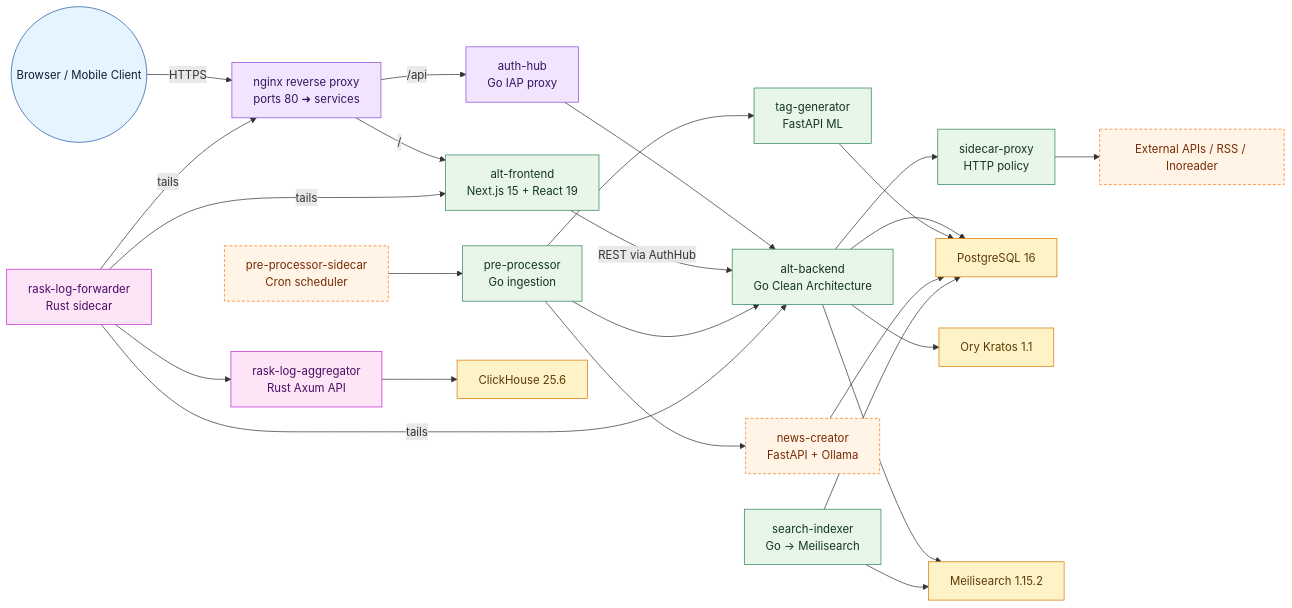
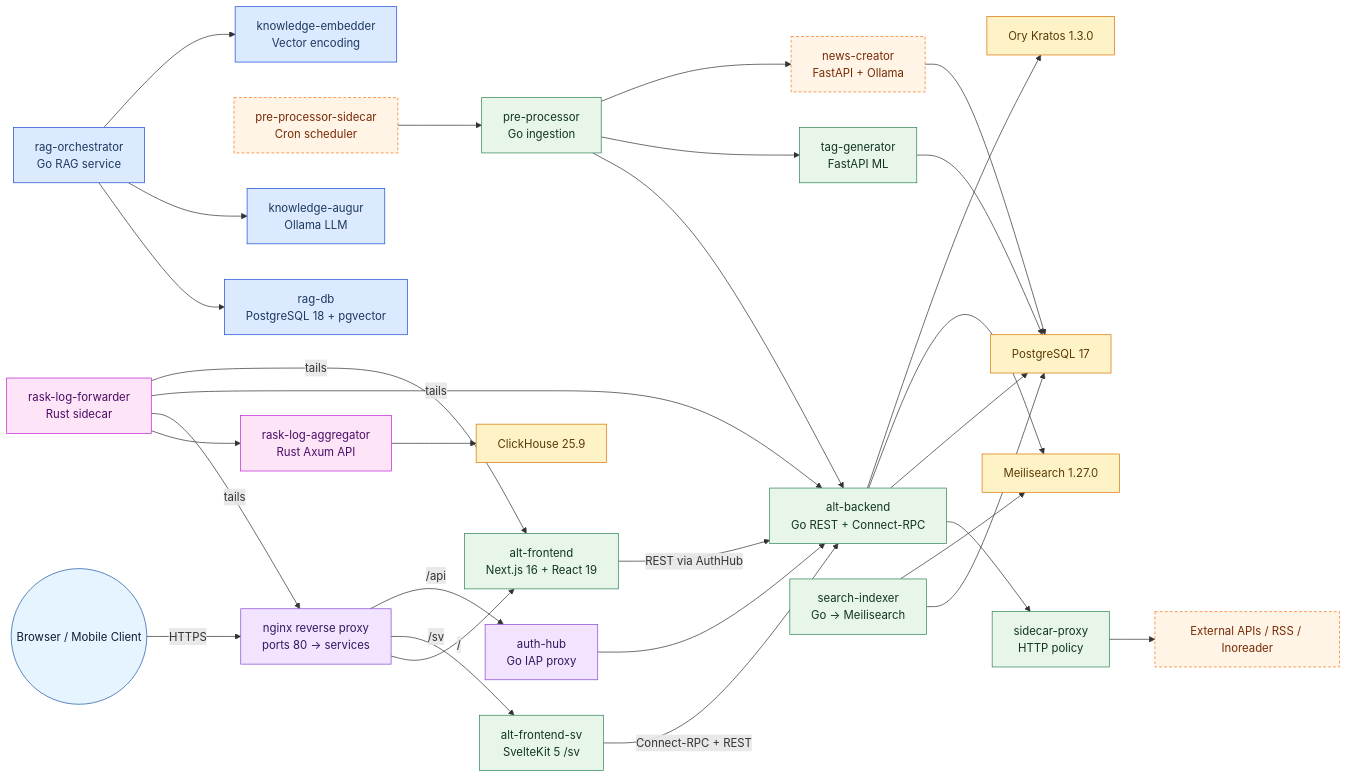
Before and after one commit to Kaikei-e/Alt: the second of 9 diagrams in README.md, drawn with Mermaid. The commit also changed other lines of this file, not shown here.

First line of the commit message:
docs: Update README for December 2025 review and architecture enhancements

````diff
--- a/README.md
+++ b/README.md
@@ -114,51 +117,62 @@
 ```mermaid
 flowchart LR
     classDef client fill:#e6f4ff,stroke:#1f5aa5,color:#0d1f33
     classDef edge fill:#f2e4ff,stroke:#8a4bd7,color:#34175f
     classDef core fill:#e8f5e9,stroke:#2f855a,color:#123524
     classDef optional fill:#fff4e5,stroke:#f97316,color:#772b07,stroke-dasharray:4 3
     classDef data fill:#fef3c7,stroke:#d97706,color:#5b3a06
     classDef observability fill:#fde4f7,stroke:#c026d3,color:#4a0d68
+    classDef rag fill:#dbeafe,stroke:#1d4ed8,color:#1e3a5f
 
     Browser((Browser / Mobile Client)):::client
-    Nginx["nginx reverse proxy<br/>ports 80 ➜ services"]:::edge
-    UI["alt-frontend<br/>Next.js 15 + React 19"]:::core
+    Nginx["nginx reverse proxy<br/>ports 80 → services"]:::edge
+    UI["alt-frontend<br/>Next.js 16 + React 19"]:::core
+    UISv["alt-frontend-sv<br/>SvelteKit 5 /sv"]:::core
     AuthHub["auth-hub<br/>Go IAP proxy"]:::edge
-    Backend["alt-backend<br/>Go Clean Architecture"]:::core
+    Backend["alt-backend<br/>Go REST + Connect-RPC"]:::core
     Sidecar["sidecar-proxy<br/>HTTP policy"]:::core
     PreProc["pre-processor<br/>Go ingestion"]:::core
     Scheduler["pre-processor-sidecar<br/>Cron scheduler"]:::optional
     News["news-creator<br/>FastAPI + Ollama"]:::optional
     Tags["tag-generator<br/>FastAPI ML"]:::core
     Indexer["search-indexer<br/>Go → Meilisearch"]:::core
-    Postgres["PostgreSQL 16"]:::data
-    Kratos["Ory Kratos 1.1"]:::data
-    Meili["Meilisearch 1.15.2"]:::data
-    ClickHouse["ClickHouse 25.6"]:::data
+    RagOrch["rag-orchestrator<br/>Go RAG service"]:::rag
+    RagDB["rag-db<br/>PostgreSQL 18 + pgvector"]:::rag
+    KnowledgeAugur["knowledge-augur<br/>Ollama LLM"]:::rag
+    KnowledgeEmbed["knowledge-embedder<br/>Vector encoding"]:::rag
+    Postgres["PostgreSQL 17"]:::data
+    Kratos["Ory Kratos 1.3.0"]:::data
+    Meili["Meilisearch 1.27.0"]:::data
+    ClickHouse["ClickHouse 25.9"]:::data
     RaskF["rask-log-forwarder<br/>Rust sidecar"]:::observability
     RaskA["rask-log-aggregator<br/>Rust Axum API"]:::observability
     External["External APIs / RSS / Inoreader"]:::optional
 
     Browser -->|HTTPS| Nginx
     Nginx -->|/| UI
+    Nginx -->|/sv| UISv
     Nginx -->|/api| AuthHub
     AuthHub --> Backend
     UI -->|REST via AuthHub| Backend
+    UISv -->|Connect-RPC + REST| Backend
     Backend --> Sidecar
     Backend --> Postgres
     Backend --> Meili
     Backend --> Kratos
     Sidecar --> External
     PreProc --> Backend
     PreProc --> Tags
     PreProc --> News
     Scheduler --> PreProc
     Tags --> Postgres
     News --> Postgres
     Indexer --> Postgres
     Indexer --> Meili
+    RagOrch --> RagDB
+    RagOrch --> KnowledgeAugur
+    RagOrch --> KnowledgeEmbed
     RaskF --> RaskA --> ClickHouse
     RaskF -->|tails| Nginx
     RaskF -->|tails| Backend
     RaskF -->|tails| UI
 ```
````
